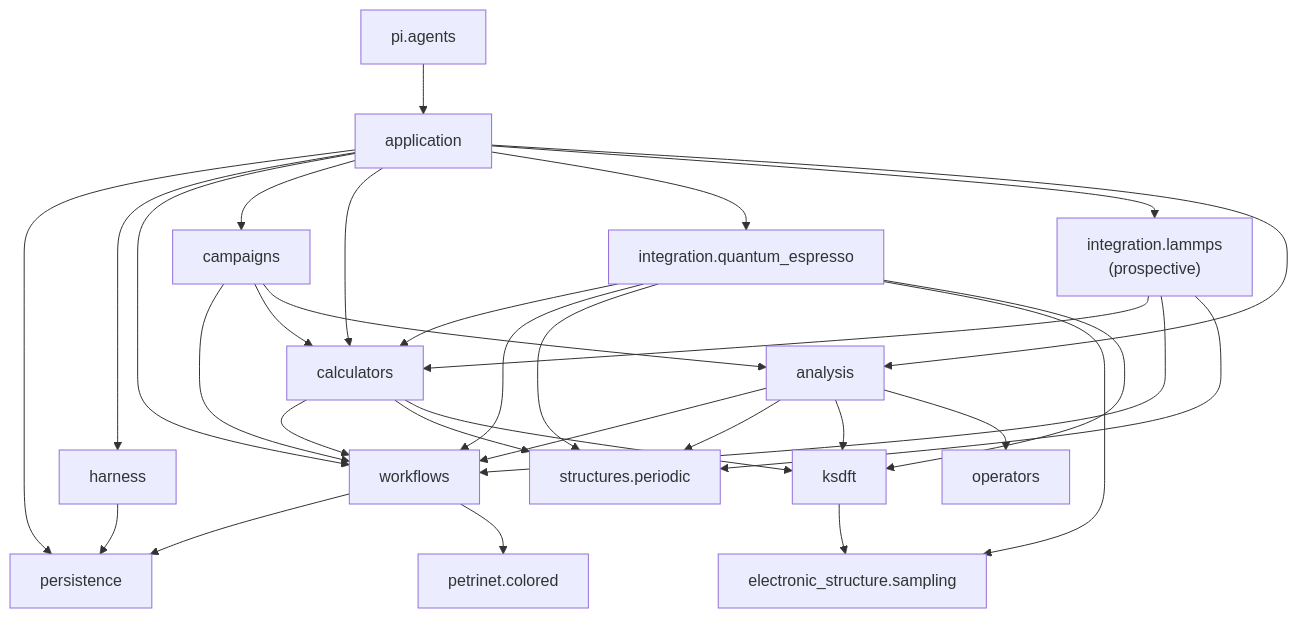
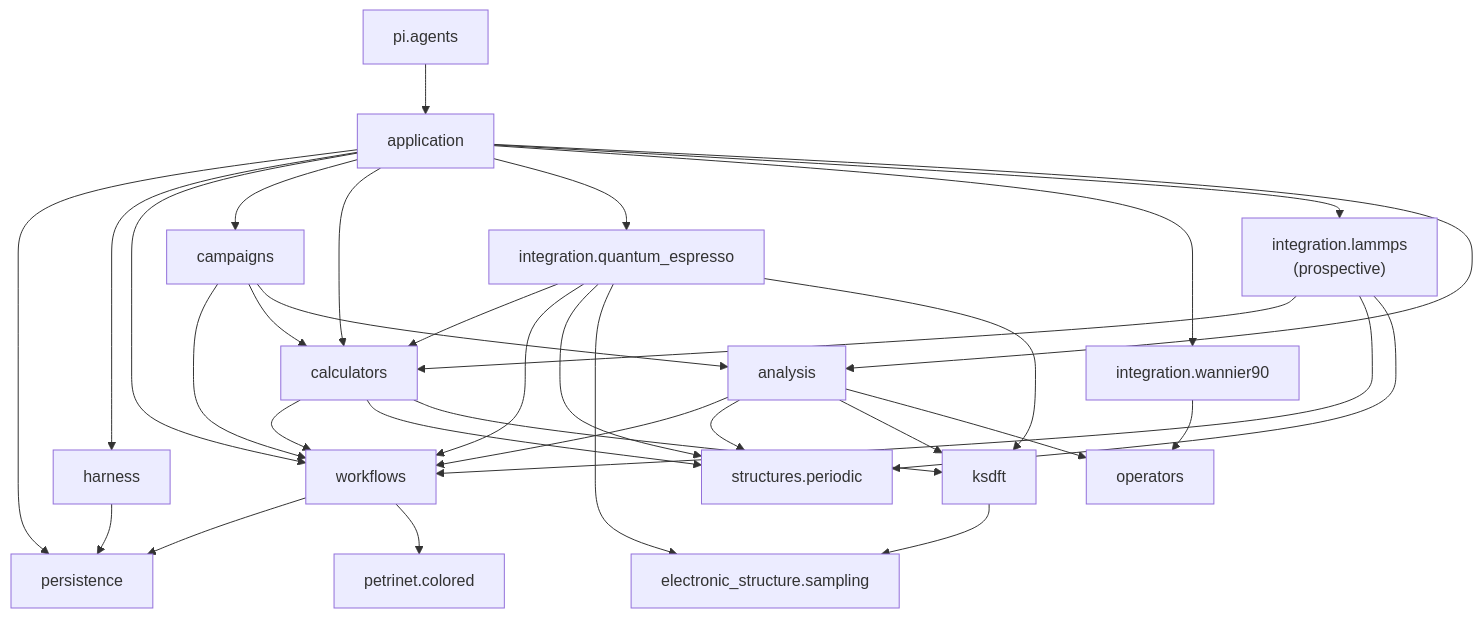
One commit to eragasa/ksdft2effmass changed the diagram in docs/architecture/v2/ksdft2effmass/index.md. Above: the diagram before and after it, drawn with Mermaid. The commit also changed other lines of this file and 169 other files, not shown here.

````diff
--- a/docs/architecture/v2/ksdft2effmass/index.md
+++ b/docs/architecture/v2/ksdft2effmass/index.md
@@ -9,50 +9,53 @@
 ```mermaid
 flowchart TB
     app["application"]
     persistence["persistence"]
     harness["harness"]
     workflows["workflows"]
     petrinet["petrinet.colored"]
     campaigns["campaigns"]
     calculators["calculators"]
     qe_integration["integration.quantum_espresso"]
+    wannier90_integration["integration.wannier90"]
     lammps_integration["integration.lammps<br/>(prospective)"]
     structures["structures.periodic"]
     sampling["electronic_structure.sampling"]
     ksdft["ksdft"]
     operators["operators"]
     analysis["analysis"]
     pi_agents["pi.agents"]
 
     pi_agents --> app
     app --> persistence
     app --> harness
     app --> workflows
     app --> campaigns
     app --> calculators
     app --> qe_integration
+    app --> wannier90_integration
     app --> lammps_integration
     app --> analysis
     harness --> persistence
     workflows --> persistence
     workflows --> petrinet
     campaigns --> workflows
     campaigns --> calculators
     campaigns --> analysis
     calculators --> workflows
     calculators --> structures
     calculators --> ksdft
     qe_integration --> calculators
     qe_integration --> workflows
     qe_integration --> structures
     qe_integration --> sampling
     qe_integration --> ksdft
+    wannier90_integration --> operators
     lammps_integration --> calculators
     lammps_integration --> workflows
     lammps_integration --> structures
     analysis --> workflows
     analysis --> structures
     analysis --> ksdft
     ksdft --> sampling
     analysis --> operators
 ```
````
